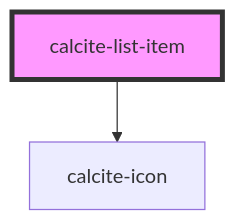
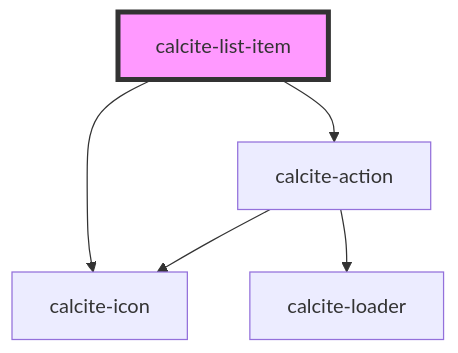
Before and after one commit to Esri/calcite-design-system: the diagram in src/components/list-item/readme.md, drawn with Mermaid. The commit also changed other lines of this file and 69 other files, not shown here.

````diff
--- a/src/components/list-item/readme.md
+++ b/src/components/list-item/readme.md
@@ -56,5 +61,8 @@
 ```mermaid
 graph TD;
   calcite-list-item --> calcite-icon
+  calcite-list-item --> calcite-action
+  calcite-action --> calcite-loader
+  calcite-action --> calcite-icon
   style calcite-list-item fill:#f9f,stroke:#333,stroke-width:4px
 ```
````
